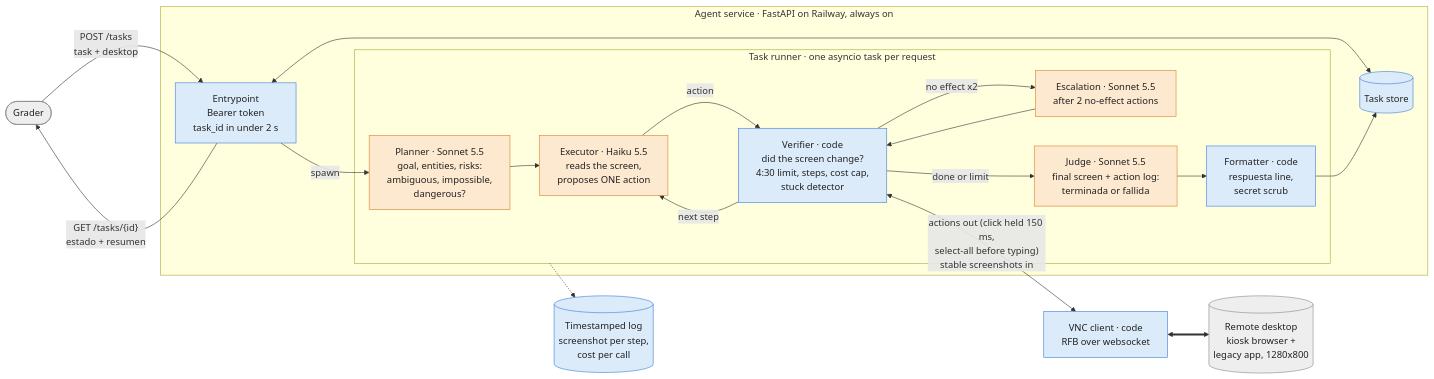
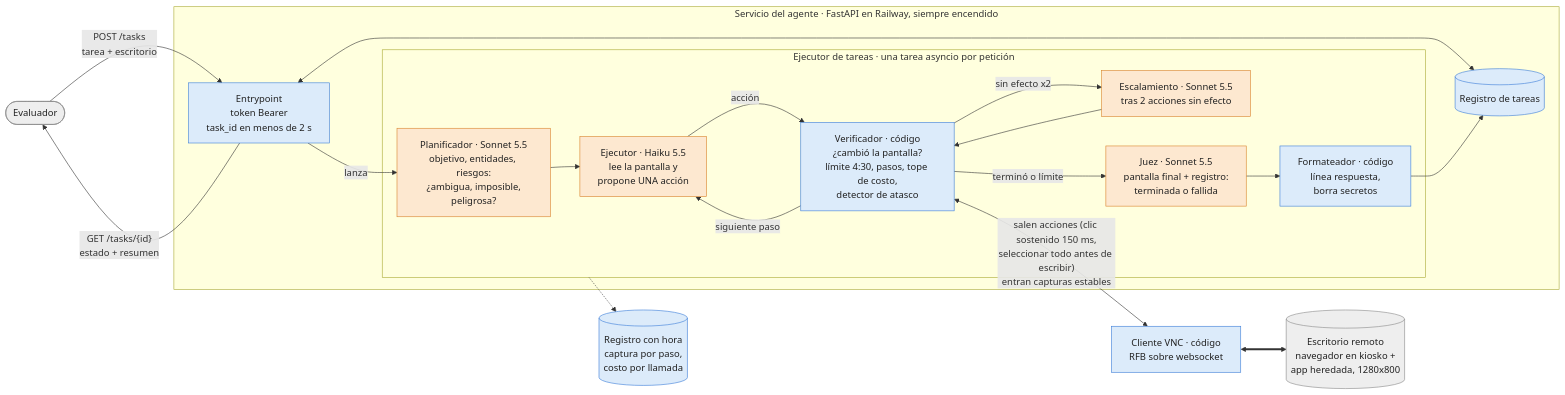
The diagram in docs/architecture.mmd (Jdtorres59/agente-sin-api), drawn with Mermaid before and after one commit. The commit also changed 3 other files, not shown here.

Commit message:
Traducir doc de diseño y diagrama al español

```diff
--- a/docs/architecture.mmd
+++ b/docs/architecture.mmd
@@ -1,38 +1,38 @@
 flowchart LR
-  G([Grader]) -->|"POST /tasks<br/>task + desktop"| API
+  G([Evaluador]) -->|"POST /tasks<br/>tarea + escritorio"| API
   API -->|"GET /tasks/{id}<br/>estado + resumen"| G
 
-  subgraph SVC["Agent service · FastAPI on Railway, always on"]
-    API["Entrypoint<br/>Bearer token<br/>task_id in under 2 s"]
-    STORE[("Task store")]
+  subgraph SVC["Servicio del agente · FastAPI en Railway, siempre encendido"]
+    API["Entrypoint<br/>token Bearer<br/>task_id en menos de 2 s"]
+    STORE[("Registro de tareas")]
     API <--> STORE
 
-    subgraph RUN["Task runner · one asyncio task per request"]
-      PLAN["Planner · Sonnet 5.5<br/>goal, entities, risks:<br/>ambiguous, impossible,<br/>dangerous?"]
-      EXEC["Executor · Haiku 5.5<br/>reads the screen,<br/>proposes ONE action"]
-      VER["Verifier · code<br/>did the screen change?<br/>4:30 limit, steps, cost cap,<br/>stuck detector"]
-      ESC["Escalation · Sonnet 5.5<br/>after 2 no-effect actions"]
-      JUDGE["Judge · Sonnet 5.5<br/>final screen + action log:<br/>terminada or fallida"]
-      FMT["Formatter · code<br/>respuesta line,<br/>secret scrub"]
+    subgraph RUN["Ejecutor de tareas · una tarea asyncio por petición"]
+      PLAN["Planificador · Sonnet 5.5<br/>objetivo, entidades, riesgos:<br/>¿ambigua, imposible,<br/>peligrosa?"]
+      EXEC["Ejecutor · Haiku 5.5<br/>lee la pantalla y<br/>propone UNA acción"]
+      VER["Verificador · código<br/>¿cambió la pantalla?<br/>límite 4:30, pasos, tope de costo,<br/>detector de atasco"]
+      ESC["Escalamiento · Sonnet 5.5<br/>tras 2 acciones sin efecto"]
+      JUDGE["Juez · Sonnet 5.5<br/>pantalla final + registro:<br/>terminada o fallida"]
+      FMT["Formateador · código<br/>línea respuesta,<br/>borra secretos"]
       PLAN --> EXEC
-      EXEC -->|action| VER
-      VER -->|next step| EXEC
-      VER -->|no effect x2| ESC
+      EXEC -->|acción| VER
+      VER -->|siguiente paso| EXEC
+      VER -->|sin efecto x2| ESC
       ESC --> VER
-      VER -->|done or limit| JUDGE
+      VER -->|terminó o límite| JUDGE
       JUDGE --> FMT
     end
-    API -->|spawn| PLAN
+    API -->|lanza| PLAN
     FMT --> STORE
   end
 
-  VER <-->|"actions out (click held 150 ms,<br/>select-all before typing)<br/>stable screenshots in"| VNC["VNC client · code<br/>RFB over websocket"]
-  VNC <==> DESK[("Remote desktop<br/>kiosk browser +<br/>legacy app, 1280x800")]
-  RUN -.-> LOG[("Timestamped log<br/>screenshot per step,<br/>cost per call")]
+  VER <-->|"salen acciones (clic sostenido 150 ms,<br/>seleccionar todo antes de escribir)<br/>entran capturas estables"| VNC["Cliente VNC · código<br/>RFB sobre websocket"]
+  VNC <==> DESK[("Escritorio remoto<br/>navegador en kiosko +<br/>app heredada, 1280x800")]
+  RUN -.-> LOG[("Registro con hora<br/>captura por paso,<br/>costo por llamada")]
 
   classDef model fill:#fde8d0,stroke:#d9822b,color:#222;
   classDef code fill:#dcebfa,stroke:#3b7dd8,color:#222;
   classDef ext fill:#eeeeee,stroke:#888,color:#222;
   class PLAN,EXEC,ESC,JUDGE model;
   class API,VER,FMT,VNC,STORE,LOG code;
   class G,DESK ext;
```
